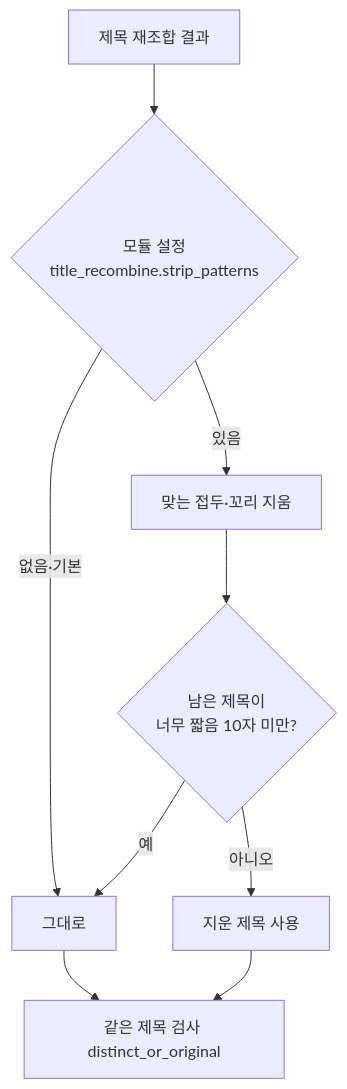
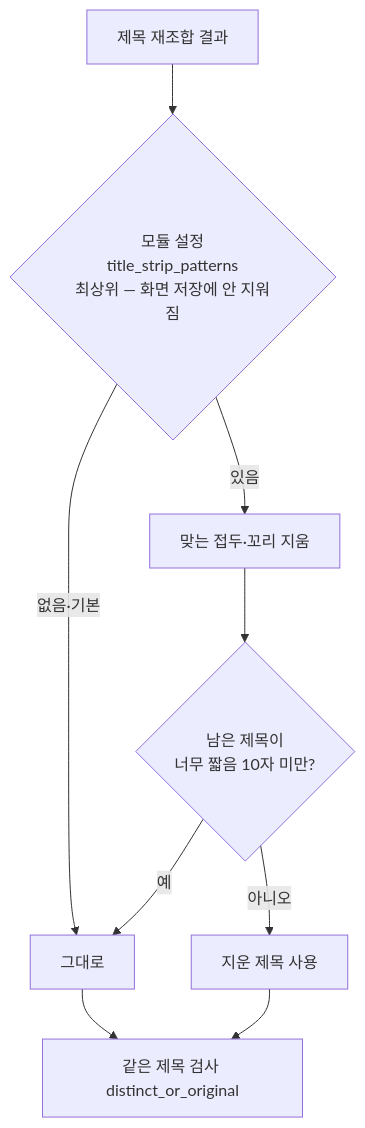
Before and after one commit to jteen-lab/blogauto_v2: the second of 2 diagrams in services/republish/docs/flowcharts/promo_link_autorun.md, drawn with Mermaid.

Commit message:
docs(순서도): 제목 틀 설정 자리 최상위로

````diff
--- a/services/republish/docs/flowcharts/promo_link_autorun.md
+++ b/services/republish/docs/flowcharts/promo_link_autorun.md
@@ -45,11 +45,11 @@
 ```mermaid
 flowchart TD
-    A[제목 재조합 결과] --> B{모듈 설정<br/>title_recombine.strip_patterns}
+    A[제목 재조합 결과] --> B{모듈 설정<br/>title_strip_patterns<br/>최상위 — 화면 저장에 안 지워짐}
     B -->|없음·기본| D[그대로]
     B -->|있음| C[맞는 접두·꼬리 지움]
     C --> E{남은 제목이<br/>너무 짧음 10자 미만?}
     E -->|예| D
     E -->|아니오| F[지운 제목 사용]
     D --> G[같은 제목 검사 distinct_or_original]
     F --> G
 ```
````
